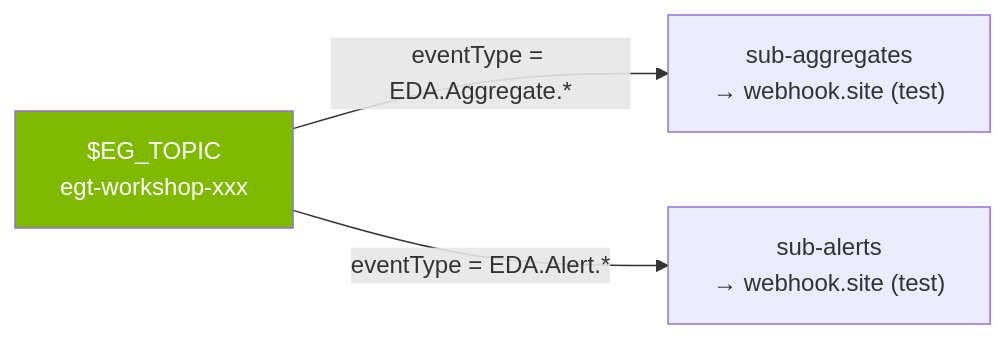
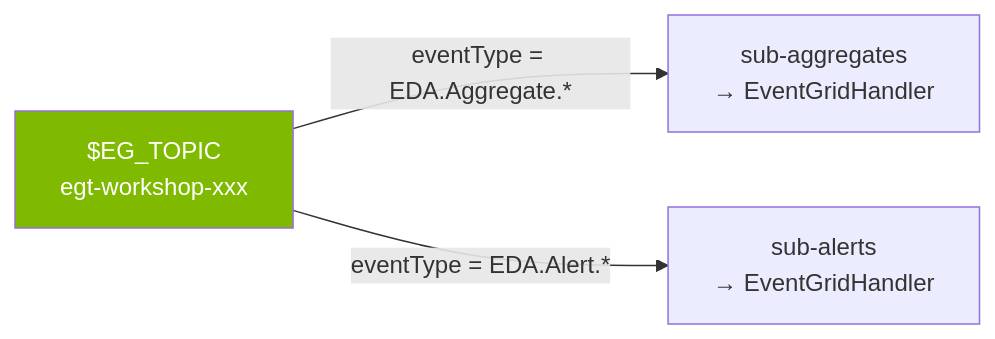
The second of 2 diagrams in docs/04-event-grid.md (Ch0wseth/EventDriven_Workshop), drawn with Mermaid before and after one commit. The commit also changed other lines of this file and 2 other files, not shown here.

Commit message:
refactor: Update Event Hubs and Event Grid configurations for improved clarity and functionality

````diff
--- a/docs/04-event-grid.md
+++ b/docs/04-event-grid.md
@@ -123,9 +123,9 @@
 ```mermaid
 graph LR
     T["$EG_TOPIC\negt-workshop-xxx"]
 
-    T -->|"eventType = EDA.Aggregate.*"| S1["sub-aggregates\n→ webhook.site (test)"]
-    T -->|"eventType = EDA.Alert.*"| S2["sub-alerts\n→ webhook.site (test)"]
+    T -->|"eventType = EDA.Aggregate.*"| S1["sub-aggregates\n→ EventGridHandler"]
+    T -->|"eventType = EDA.Alert.*"| S2["sub-alerts\n→ EventGridHandler"]
 
     style T fill:#7FBA00,color:#fff
 ```
````
